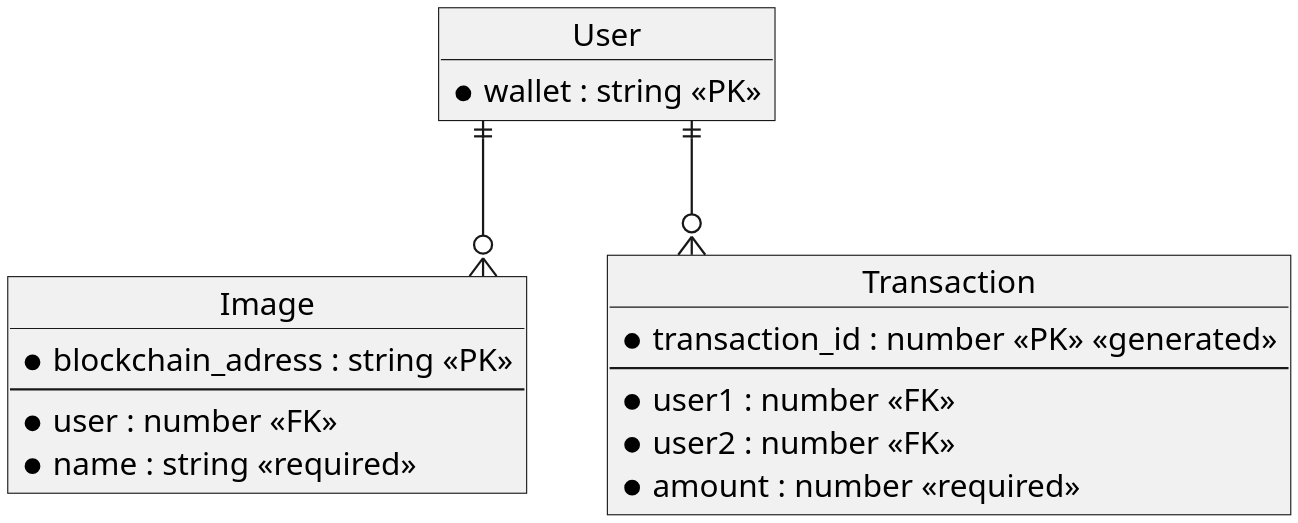
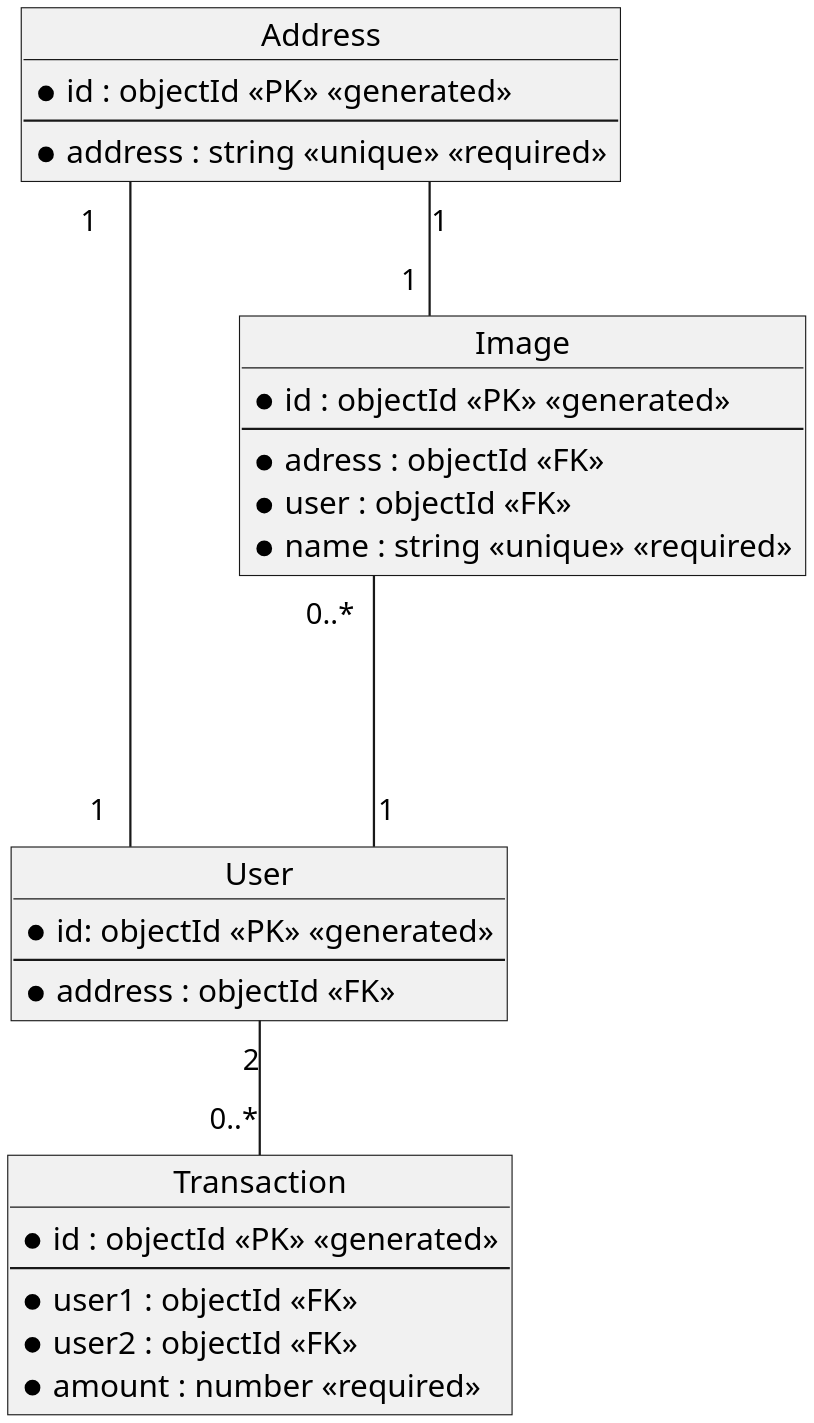
Before and after one commit to Ethernol/C2H6O: the first of 2 diagrams in backend/readme.md, drawn with PlantUML. The commit also changed other lines of this file and 10 other files, not shown here.

Commit message:
Add generic router and endpoints for address, transaction, user and image.

```diff
--- a/backend/readme.md
+++ b/backend/readme.md
@@ -7,26 +7,37 @@
 @startuml
 
 skinparam dpi 300
 skinparam linetype ortho
 
 object User {
-    * wallet : string <<PK>>
+    * id: objectId <<PK>> <<generated>>
+    --
+    * address : objectId <<FK>>
 }
 object Image { 
-    * blockchain_adress : string <<PK>>
+    * id : objectId <<PK>> <<generated>>
     --
-    * user : number <<FK>>
-    * name : string <<required>>
+    * adress : objectId <<FK>>
+    * user : objectId <<FK>>
+    * name : string <<unique>> <<required>>
 }
 object Transaction {
-    * transaction_id : number <<PK>> <<generated>>
+    * id : objectId <<PK>> <<generated>>
     --
-    * user1 : number <<FK>>
-    * user2 : number <<FK>>
+    * user1 : objectId <<FK>>
+    * user2 : objectId <<FK>>
     * amount : number <<required>>
 }
 
-Transaction }o-u-|| User
-Image }o-u-|| User
+object Address {
+    * id : objectId <<PK>> <<generated>>
+    --
+    * address : string <<unique>> <<required>>
+}
+
+Transaction "0..*" -u- "2" User
+Image "0..*" --- "1" User
+User "1" -u- "1" Address
+Image "1" -u- "1" Address
 
 @enduml
```
